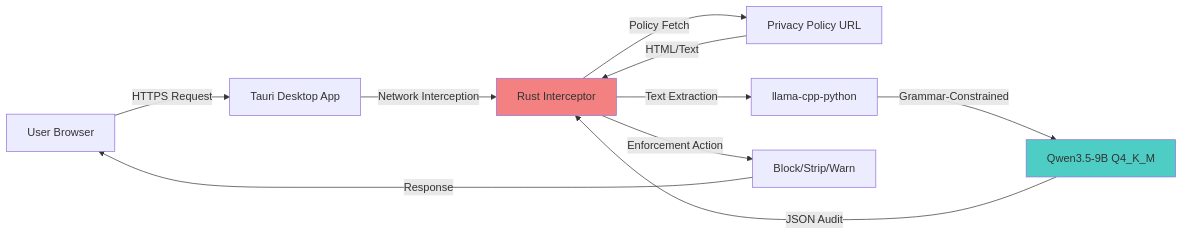
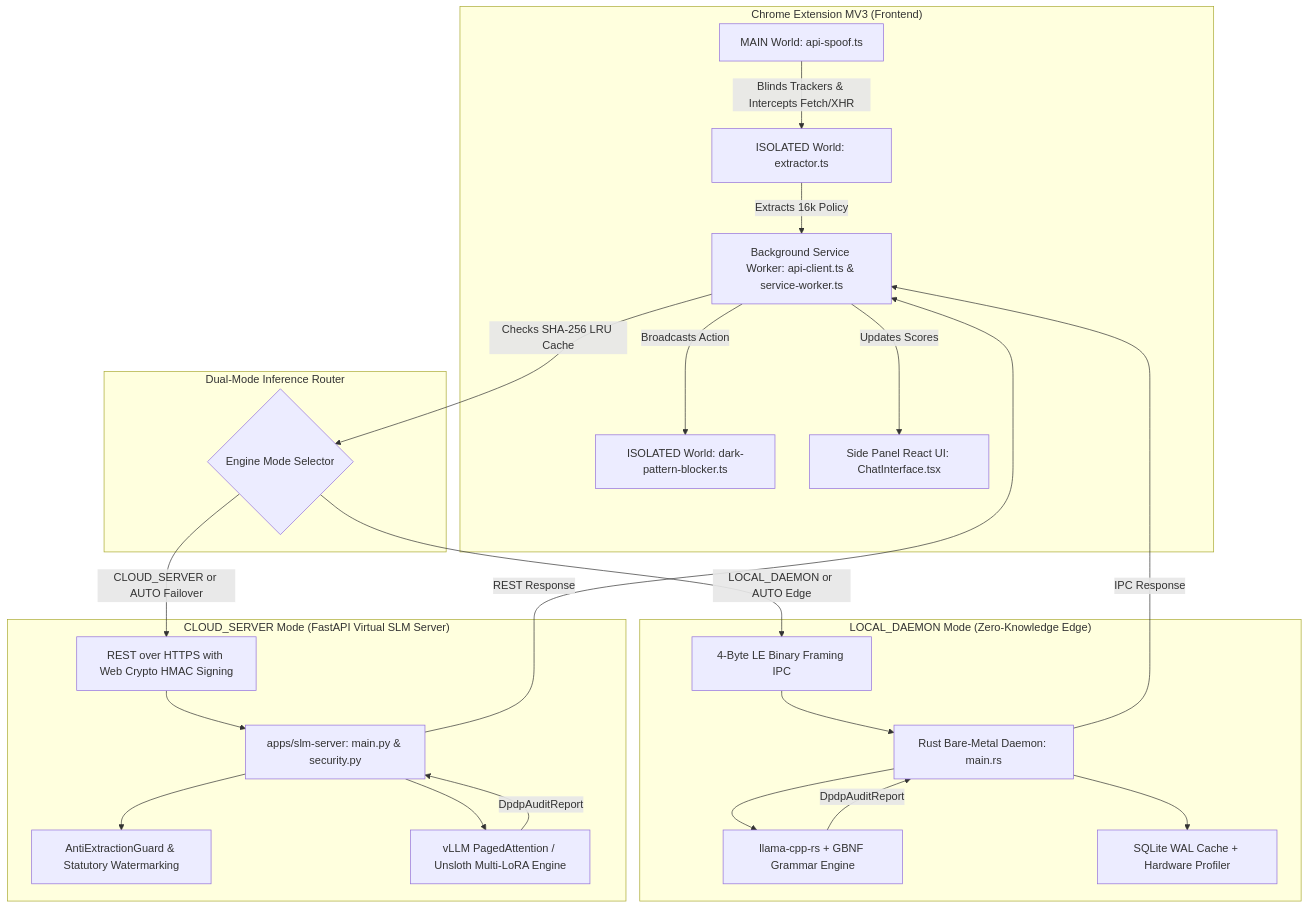
One commit to priyanshu-ogdev/Ssense changed the second of 2 diagrams in docs/ARCHITECTURE.md. Above: the diagram before and after it, drawn with Mermaid. The commit also changed other lines of this file and 13 other files, not shown here.

````diff
--- a/docs/ARCHITECTURE.md
+++ b/docs/ARCHITECTURE.md
@@ -289,15 +312,46 @@
 ```mermaid
-graph LR
-    A[User Browser] -->|HTTPS Request| B[Tauri Desktop App]
-    B -->|Network Interception| C[Rust Interceptor]
-    C -->|Policy Fetch| D[Privacy Policy URL]
-    D -->|HTML/Text| C
-    C -->|Text Extraction| E[llama-cpp-python]
-    E -->|Grammar-Constrained| F[Qwen3.5-9B Q4_K_M]
-    F -->|JSON Audit| C
-    C -->|Enforcement Action| G[Block/Strip/Warn]
-    G -->|Response| A
-    
-    style F fill:#4ecdc4
-    style C fill:#f38181
+graph TB
+    subgraph "Chrome Extension MV3 (Frontend)"
+        A1[MAIN World: api-spoof.ts]
+        A2[ISOLATED World: extractor.ts]
+        A3[ISOLATED World: dark-pattern-blocker.ts]
+        B[Background Service Worker: api-client.ts & service-worker.ts]
+        C[Side Panel React UI: ChatInterface.tsx]
+    end
+
+    subgraph "Dual-Mode Inference Router"
+        D{Engine Mode Selector}
+    end
+
+    subgraph "LOCAL_DAEMON Mode (Zero-Knowledge Edge)"
+        E[4-Byte LE Binary Framing IPC]
+        F[Rust Bare-Metal Daemon: main.rs]
+        G[llama-cpp-rs + GBNF Grammar Engine]
+        H[SQLite WAL Cache + Hardware Profiler]
+    end
+
+    subgraph "CLOUD_SERVER Mode (FastAPI Virtual SLM Server)"
+        I[REST over HTTPS with Web Crypto HMAC Signing]
+        J[apps/slm-server: main.py & security.py]
+        K[AntiExtractionGuard & Statutory Watermarking]
+        L[vLLM PagedAttention / Unsloth Multi-LoRA Engine]
+    end
+
+    A1 -->|Blinds Trackers & Intercepts Fetch/XHR| A2
+    A2 -->|Extracts 16k Policy| B
+    B -->|Checks SHA-256 LRU Cache| D
+    D -->|LOCAL_DAEMON or AUTO Edge| E
+    D -->|CLOUD_SERVER or AUTO Failover| I
+    E --> F
+    F --> G
+    F --> H
+    I --> J
+    J --> K
+    J --> L
+    G -->|DpdpAuditReport| F
+    L -->|DpdpAuditReport| J
+    F -->|IPC Response| B
+    J -->|REST Response| B
+    B -->|Broadcasts Action| A3
+    B -->|Updates Scores| C
 ```
````
